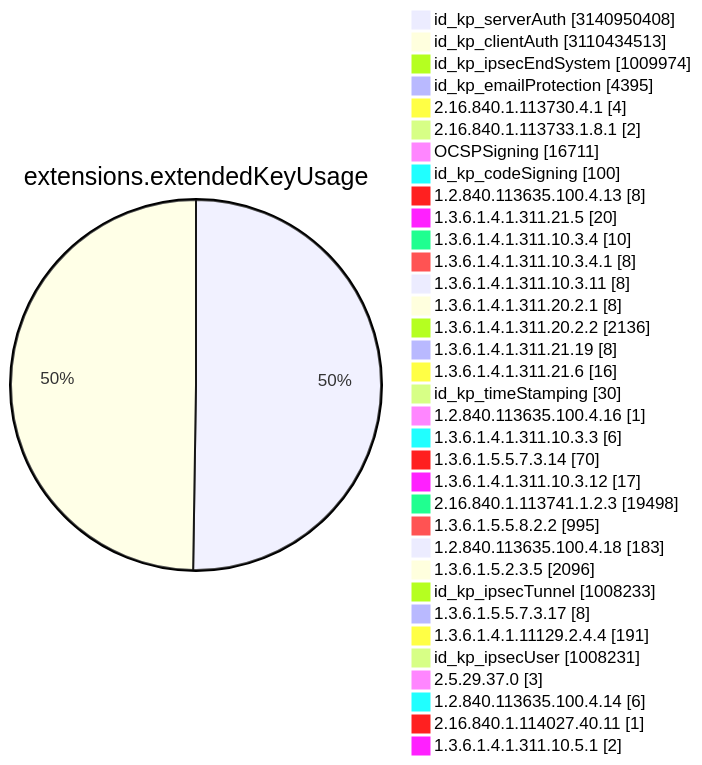
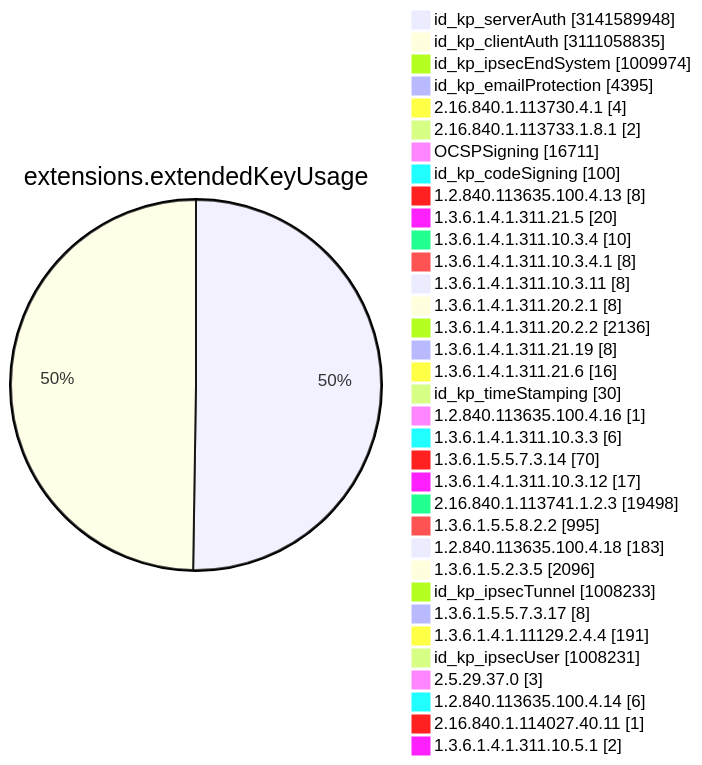
Diagram 11 of 15 in TOTAL/README.md (christiankrug/ctmonitor_visualization), drawn with Mermaid before and after one commit. The commit also changed other lines of this file, not shown here.

````diff
--- a/TOTAL/README.md
+++ b/TOTAL/README.md
@@ -4119,38 +4119,38 @@
 ```mermaid
 pie showData
 title extensions.extendedKeyUsage
-"id_kp_serverAuth" :3140950408
-"id_kp_clientAuth" :3110434513
+"id_kp_serverAuth" :3141589948
+"id_kp_clientAuth" :3111058835
 "id_kp_ipsecEndSystem" :1009974
 "id_kp_emailProtection" :4395
 "2.16.840.1.113730.4.1" :4
 "2.16.840.1.113733.1.8.1" :2
 "OCSPSigning" :16711
 "id_kp_codeSigning" :100
 "1.2.840.113635.100.4.13" :8
 "1.3.6.1.4.1.311.21.5" :20
 "1.3.6.1.4.1.311.10.3.4" :10
 "1.3.6.1.4.1.311.10.3.4.1" :8
 "1.3.6.1.4.1.311.10.3.11" :8
 "1.3.6.1.4.1.311.20.2.1" :8
 "1.3.6.1.4.1.311.20.2.2" :2136
 "1.3.6.1.4.1.311.21.19" :8
 "1.3.6.1.4.1.311.21.6" :16
 "id_kp_timeStamping" :30
 "1.2.840.113635.100.4.16" :1
 "1.3.6.1.4.1.311.10.3.3" :6
 "1.3.6.1.5.5.7.3.14" :70
 "1.3.6.1.4.1.311.10.3.12" :17
 "2.16.840.1.113741.1.2.3" :19498
 "1.3.6.1.5.5.8.2.2" :995
 "1.2.840.113635.100.4.18" :183
 "1.3.6.1.5.2.3.5" :2096
 "id_kp_ipsecTunnel" :1008233
 "1.3.6.1.5.5.7.3.17" :8
 "1.3.6.1.4.1.11129.2.4.4" :191
 "id_kp_ipsecUser" :1008231
 "2.5.29.37.0" :3
 "1.2.840.113635.100.4.14" :6
 "2.16.840.1.114027.40.11" :1
 "1.3.6.1.4.1.311.10.5.1" :2
 ```
````
